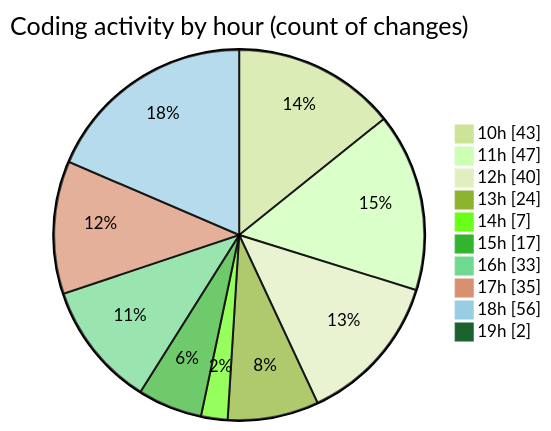
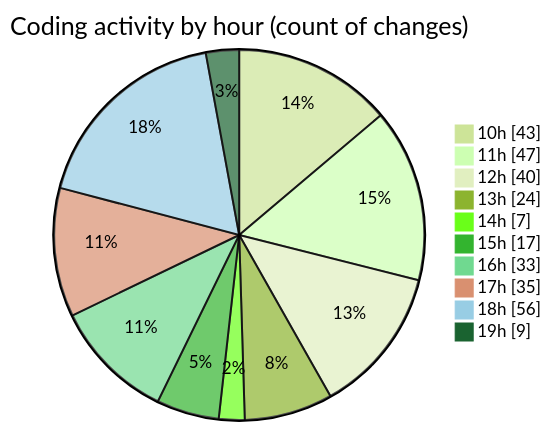
Before and after one commit to momahboobian/code-tracking: the second of 2 diagrams in 2025-02-10/cda/README.md, drawn with Mermaid (forest theme). The commit also changed other lines of this file and 1 other file, not shown here.

````diff
--- a/2025-02-10/cda/README.md
+++ b/2025-02-10/cda/README.md
@@ -35,14 +35,14 @@
 ```mermaid
 pie showData
 title Coding activity by hour (count of changes)
 "10h" : 43
 "11h" : 47
 "12h" : 40
 "13h" : 24
 "14h" : 7
 "15h" : 17
 "16h" : 33
 "17h" : 35
 "18h" : 56
-"19h" : 2
+"19h" : 9
 ```
````
